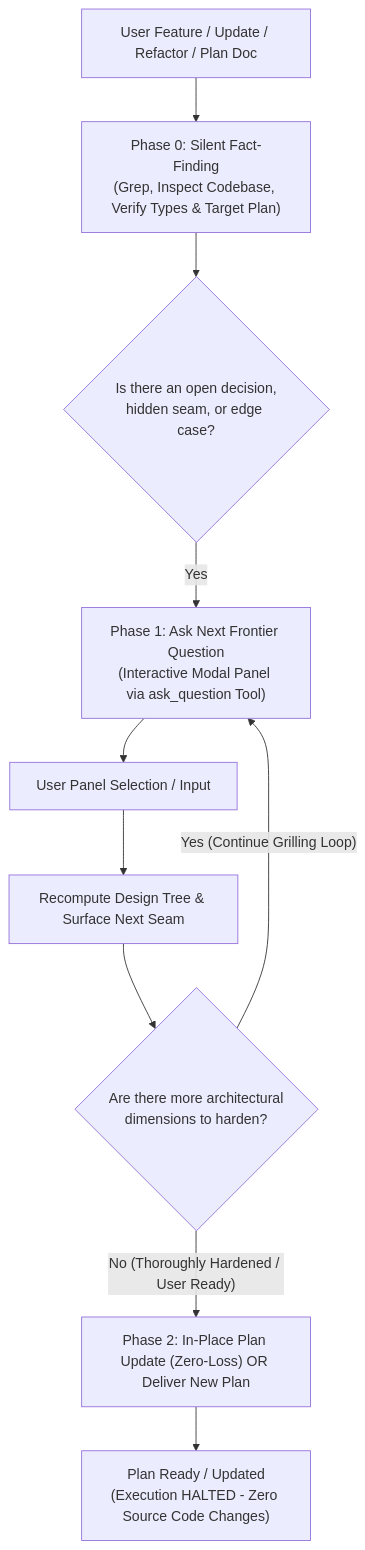
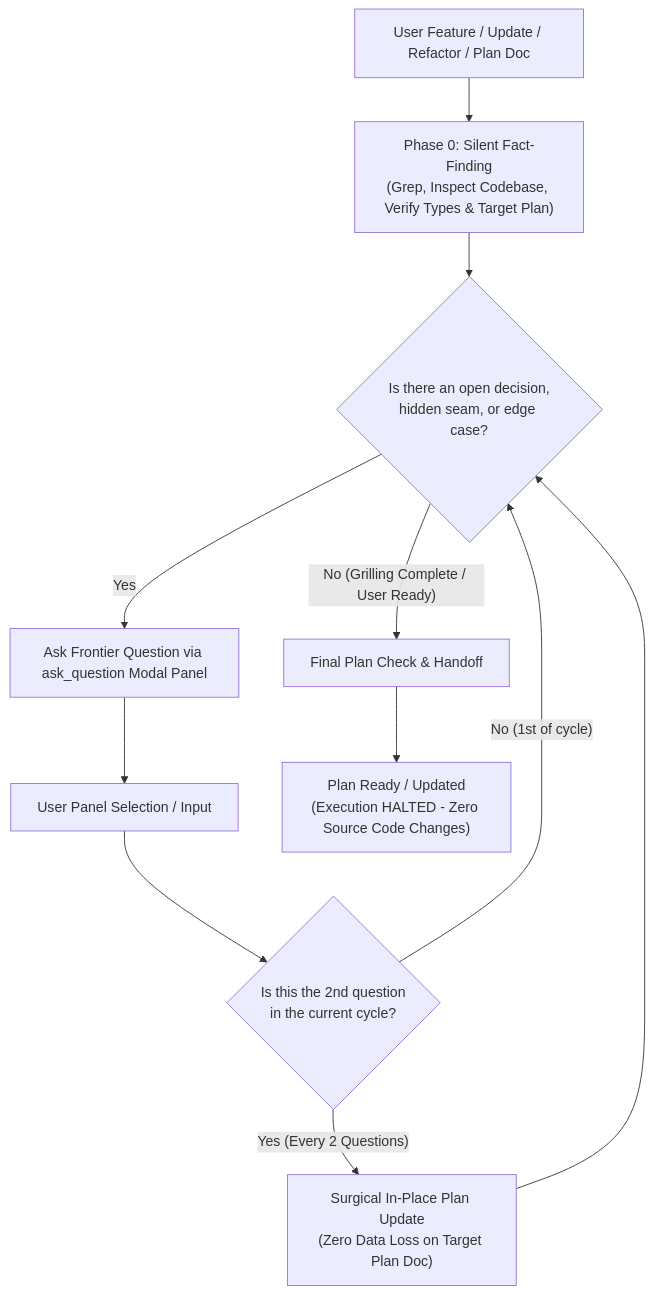
The diagram in SKILL.md (Delizade-Antigravity-Skills/clarify-first-delizade), drawn with Mermaid before and after one commit. The commit also changed other lines of this file and 1 other file, not shown here.

Commit message:
feat: enforce 2-question incremental in-place plan sync cadence and continuous grilling

````diff
--- a/SKILL.md
+++ b/SKILL.md
@@ -37,12 +38,13 @@
 ```mermaid
 flowchart TD
     Idea["User Feature / Update / Refactor / Plan Doc"] --> Phase0["Phase 0: Silent Fact-Finding<br/>(Grep, Inspect Codebase, Verify Types & Target Plan)"]
     Phase0 --> TreeEval{"Is there an open decision,<br/>hidden seam, or edge case?"}
-    TreeEval -- "Yes" --> Phase1["Phase 1: Ask Next Frontier Question<br/>(Interactive Modal Panel via ask_question Tool)"]
-    Phase1 --> UserAnswer["User Panel Selection / Input"]
-    UserAnswer --> Recompute["Recompute Design Tree & Surface Next Seam"]
-    Recompute --> HasMore{"Are there more architectural<br/>dimensions to harden?"}
-    HasMore -- "Yes (Continue Grilling Loop)" --> Phase1
-    HasMore -- "No (Thoroughly Hardened / User Ready)" --> Phase2["Phase 2: In-Place Plan Update (Zero-Loss) OR Deliver New Plan"]
-    Phase2 --> Stop["Plan Ready / Updated<br/>(Execution HALTED - Zero Source Code Changes)"]
+    TreeEval -- "Yes" --> QPanel["Ask Frontier Question via ask_question Modal Panel"]
+    QPanel --> UserAns["User Panel Selection / Input"]
+    UserAns --> CycleCheck{"Is this the 2nd question<br/>in the current cycle?"}
+    CycleCheck -- "Yes (Every 2 Questions)" --> SyncDoc["Surgical In-Place Plan Update<br/>(Zero Data Loss on Target Plan Doc)"]
+    SyncDoc --> TreeEval
+    CycleCheck -- "No (1st of cycle)" --> TreeEval
+    TreeEval -- "No (Grilling Complete / User Ready)" --> Finalize["Final Plan Check & Handoff"]
+    Finalize --> Stop["Plan Ready / Updated<br/>(Execution HALTED - Zero Source Code Changes)"]
 ```
````
